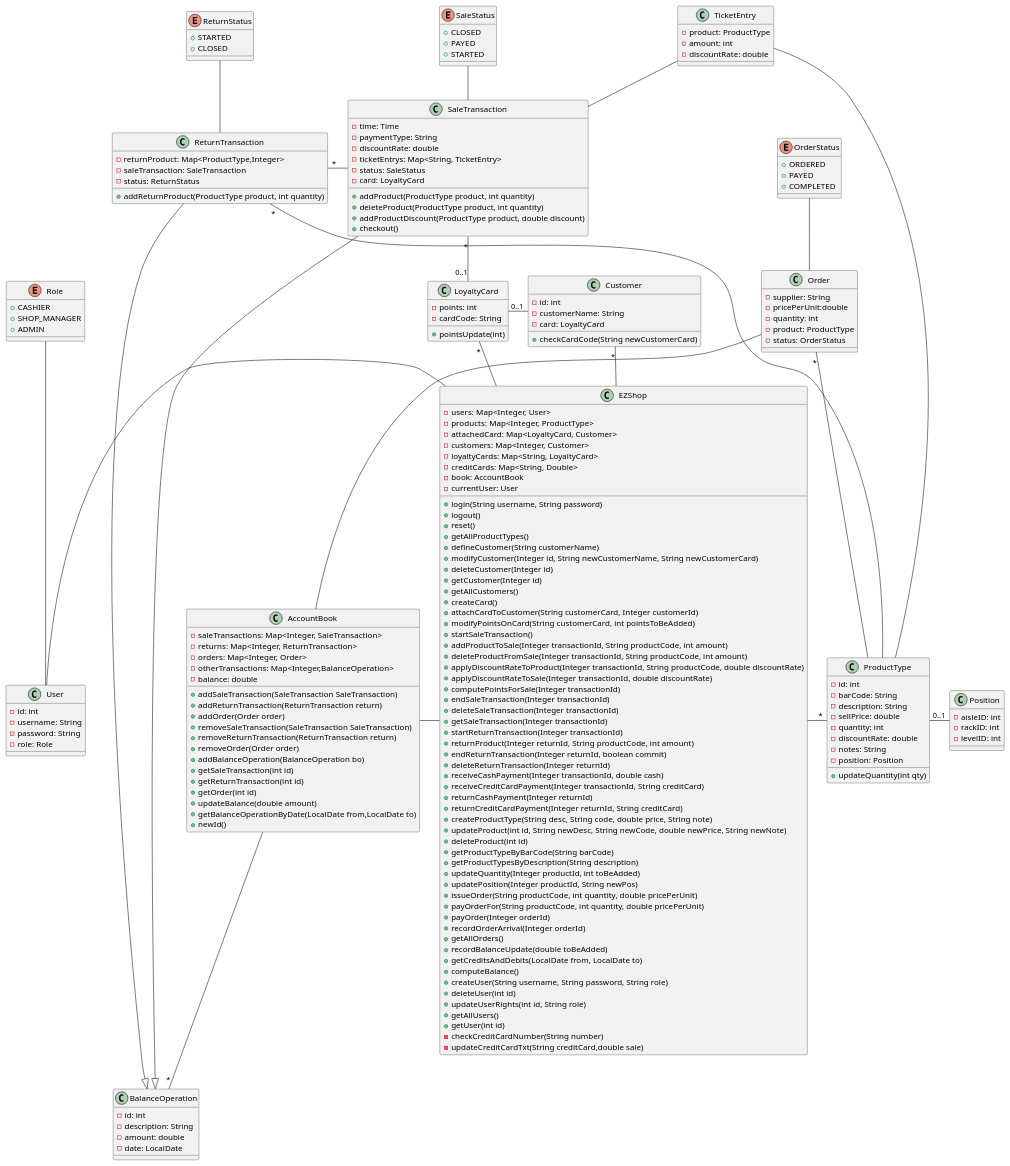
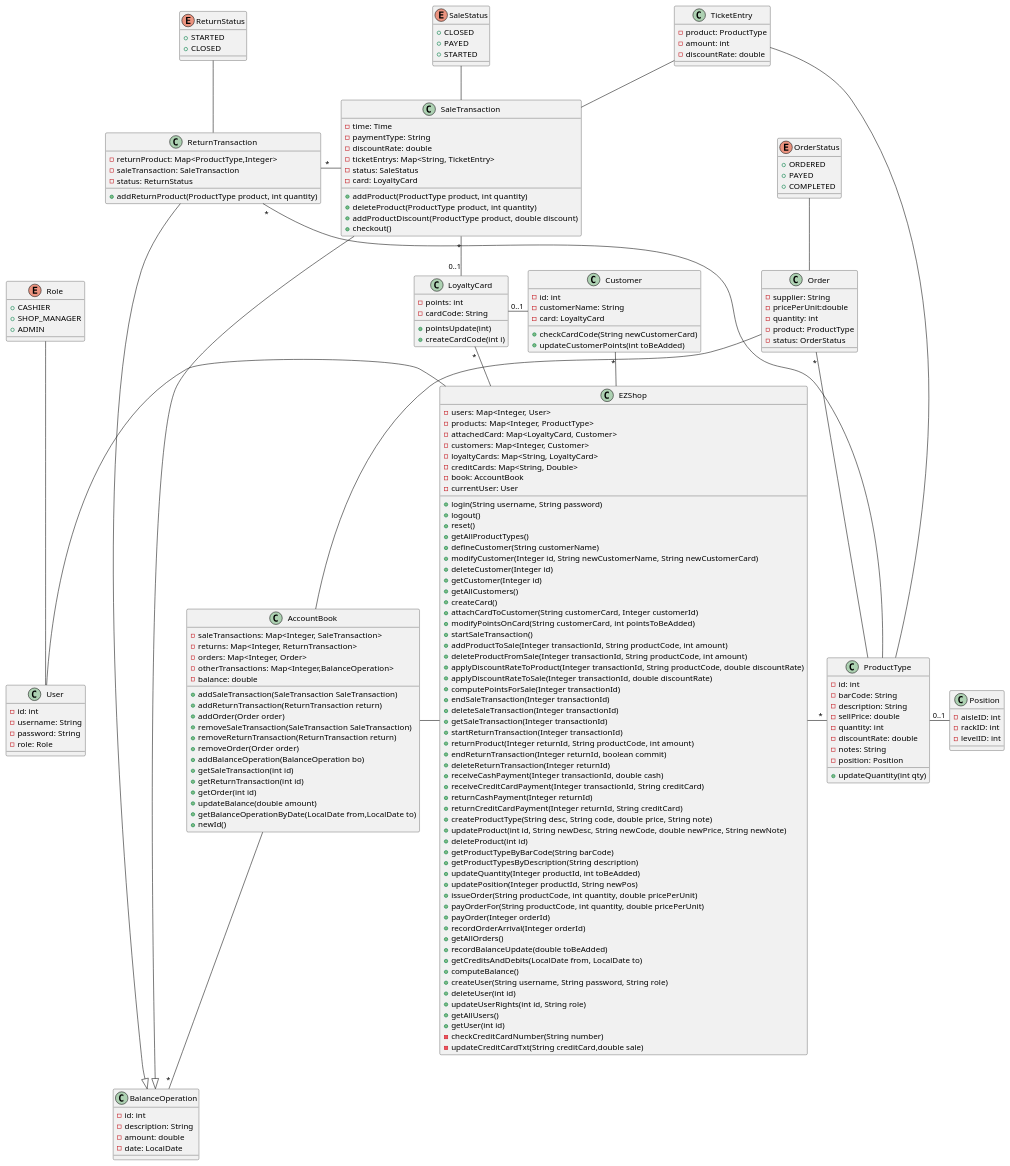
The second of 12 diagrams in Deliverables/DesignDocument.md (BMike10/EzShop), drawn with PlantUML before and after one commit. The commit also changed 1 other file, not shown here.

Commit message:
Doc:fixes in unitTest and designDoc

```diff
--- a/Deliverables/DesignDocument.md
+++ b/Deliverables/DesignDocument.md
@@ -197,6 +197,7 @@
     - points: int 
     - cardCode: String 
     + pointsUpdate(int)
+    + createCardCode(int i) 
 }
 
 class Customer {
@@ -204,6 +205,7 @@
     - customerName: String 
     - card: LoyaltyCard 
     + checkCardCode(String newCustomerCard)
+    + updateCustomerPoints(int toBeAdded)
 }
 
 LoyaltyCard "0..1" - Customer
```
